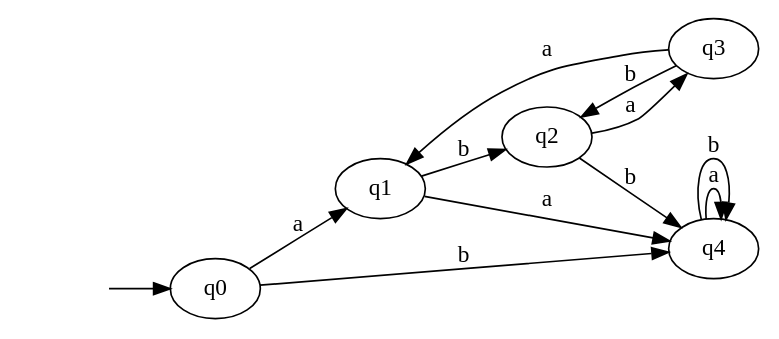
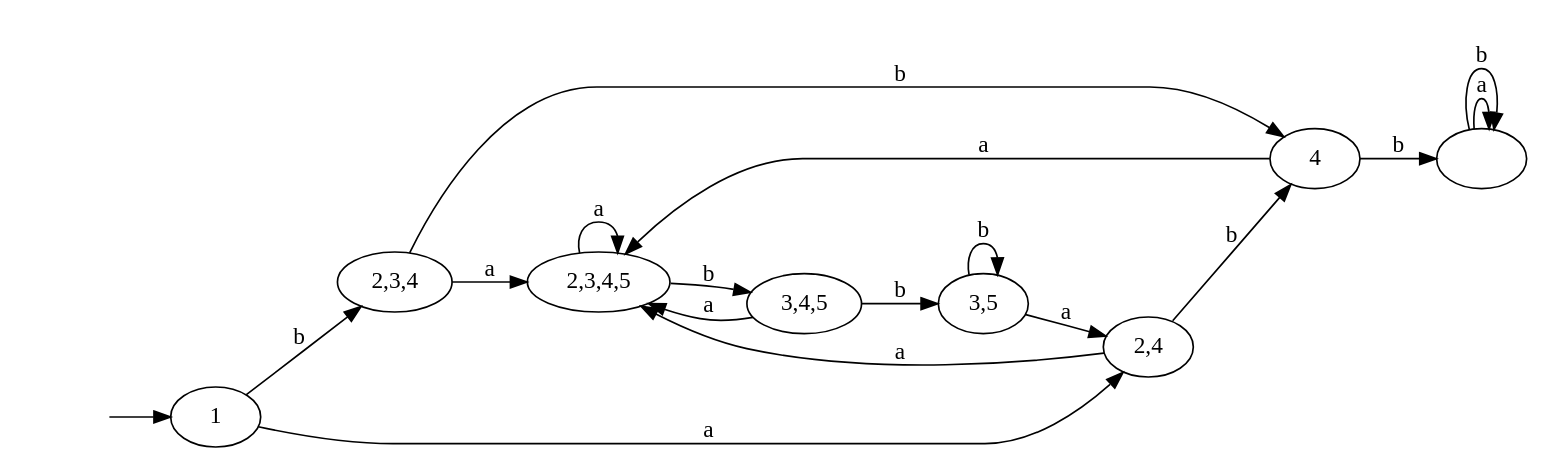
Before and after one commit to Kevintjeb/automata: the diagram in output/automataDot.dot, drawn with Graphviz. The commit also changed 2 other files, not shown here.

```diff
--- a/output/automataDot.dot
+++ b/output/automataDot.dot
@@ -1,38 +1,56 @@
 digraph g {
 
 rankdir=LR; 
 
 NOTHING [label="", shape=none];
-"q0" [ label = "q0" ]; 
+"" [ label = "" ]; 
 
-"q1" [ label = "q1" ]; 
+"1" [ label = "1" ]; 
 
-"q2" [ label = "q2" ]; 
+"2,3,4" [ label = "2,3,4" ]; 
 
-"q3" [ label = "q3" ]; 
+"2,3,4,5" [ label = "2,3,4,5" ]; 
 
-"q4" [ label = "q4" ]; 
+"2,4" [ label = "2,4" ]; 
 
-"q0" -> "q1" [ label = "a" ]; 
+"3,4,5" [ label = "3,4,5" ]; 
 
-"q0" -> "q4" [ label = "b" ]; 
+"3,5" [ label = "3,5" ]; 
 
-"q1" -> "q4" [ label = "a" ]; 
+"4" [ label = "4" ]; 
 
-"q1" -> "q2" [ label = "b" ]; 
+"" -> "" [ label = "a" ]; 
 
-"q2" -> "q3" [ label = "a" ]; 
+"" -> "" [ label = "b" ]; 
 
-"q2" -> "q4" [ label = "b" ]; 
+"1" -> "2,4" [ label = "a" ]; 
 
-"q3" -> "q1" [ label = "a" ]; 
+"1" -> "2,3,4" [ label = "b" ]; 
 
-"q3" -> "q2" [ label = "b" ]; 
+"2,3,4" -> "2,3,4,5" [ label = "a" ]; 
 
-"q4" -> "q4" [ label = "a" ]; 
+"2,3,4" -> "4" [ label = "b" ]; 
 
-"q4" -> "q4" [ label = "b" ]; 
+"2,3,4,5" -> "2,3,4,5" [ label = "a" ]; 
 
-NOTHING -> "q0";
+"2,3,4,5" -> "3,4,5" [ label = "b" ]; 
+
+"2,4" -> "2,3,4,5" [ label = "a" ]; 
+
+"2,4" -> "4" [ label = "b" ]; 
+
+"3,4,5" -> "2,3,4,5" [ label = "a" ]; 
+
+"3,4,5" -> "3,5" [ label = "b" ]; 
+
+"3,5" -> "2,4" [ label = "a" ]; 
+
+"3,5" -> "3,5" [ label = "b" ]; 
+
+"4" -> "2,3,4,5" [ label = "a" ]; 
+
+"4" -> "" [ label = "b" ]; 
+
+NOTHING -> "1";
 
 }
```
